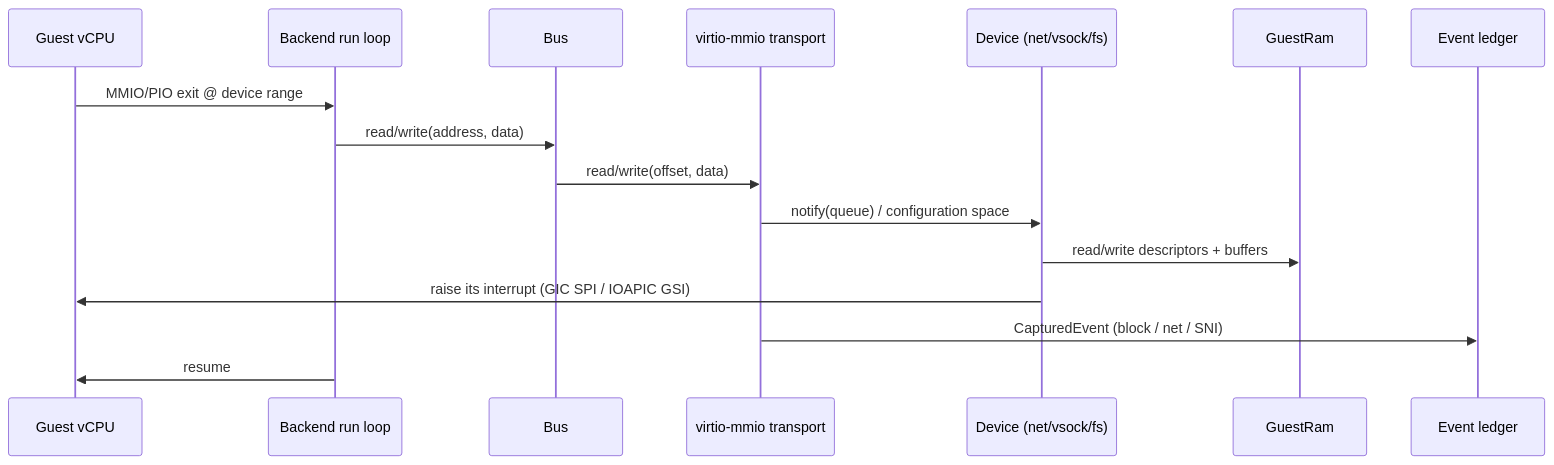
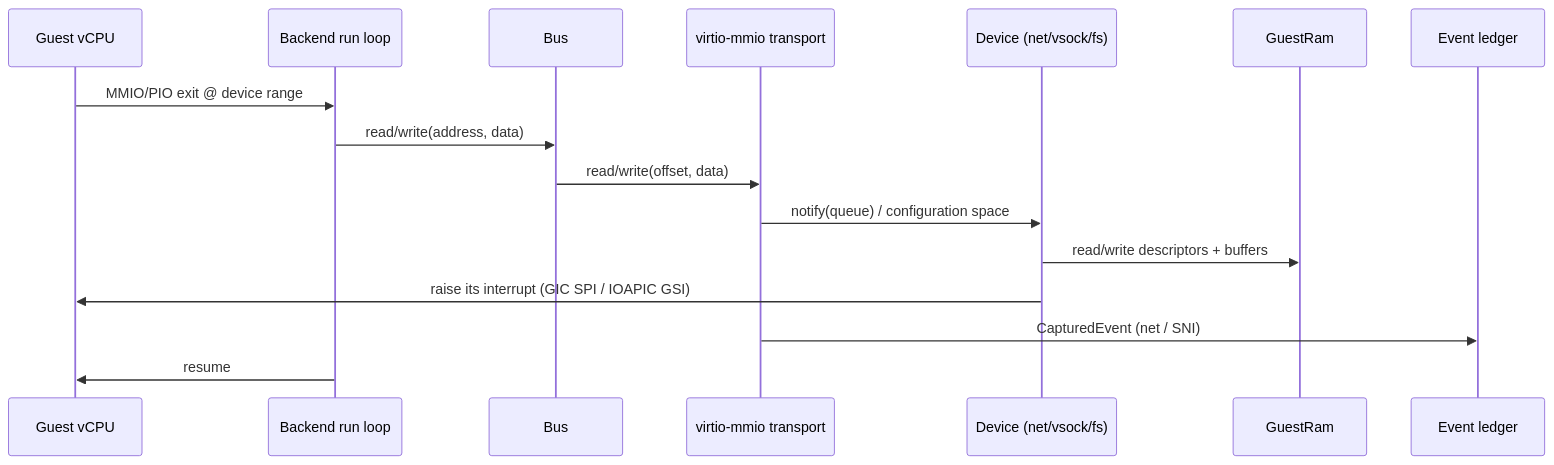
Before and after one commit to brig-sh/hvi-vmm: the fourth of 4 diagrams in docs/architecture.md, drawn with Mermaid. The commit also changed other lines of this file and 6 other files, not shown here.

````diff
--- a/docs/architecture.md
+++ b/docs/architecture.md
@@ -344,18 +344,18 @@
 ```mermaid
 sequenceDiagram
     participant G as Guest vCPU
     participant B as Backend run loop
     participant R as Bus
     participant T as virtio-mmio transport
     participant D as Device (net/vsock/fs)
     participant M as GuestRam
     participant L as Event ledger
     G->>B: MMIO/PIO exit @ device range
     B->>R: read/write(address, data)
     R->>T: read/write(offset, data)
     T->>D: notify(queue) / configuration space
     D->>M: read/write descriptors + buffers
     D->>G: raise its interrupt (GIC SPI / IOAPIC GSI)
-    T->>L: CapturedEvent (block / net / SNI)
+    T->>L: CapturedEvent (net / SNI)
     B->>G: resume
 ```
````
